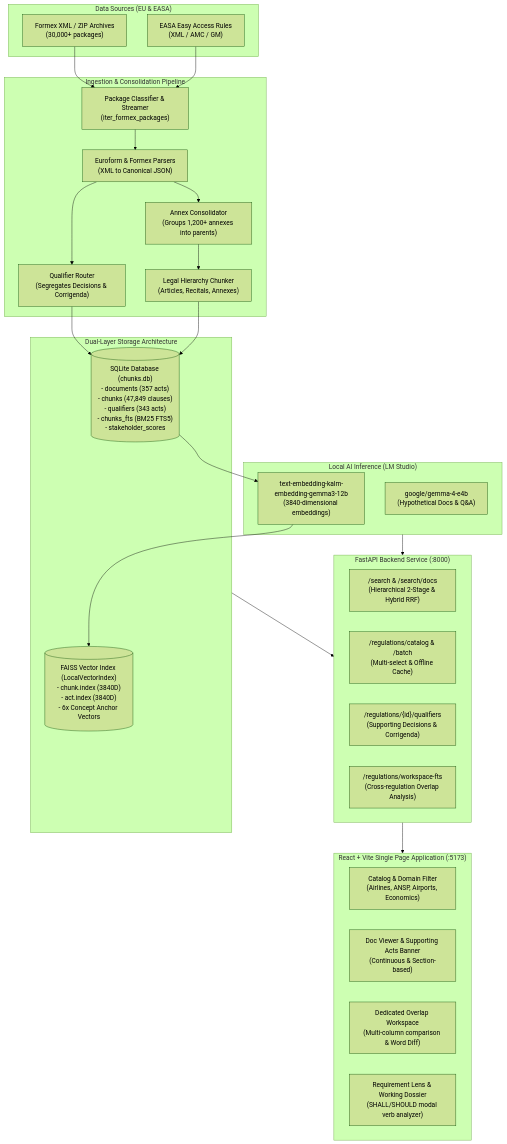
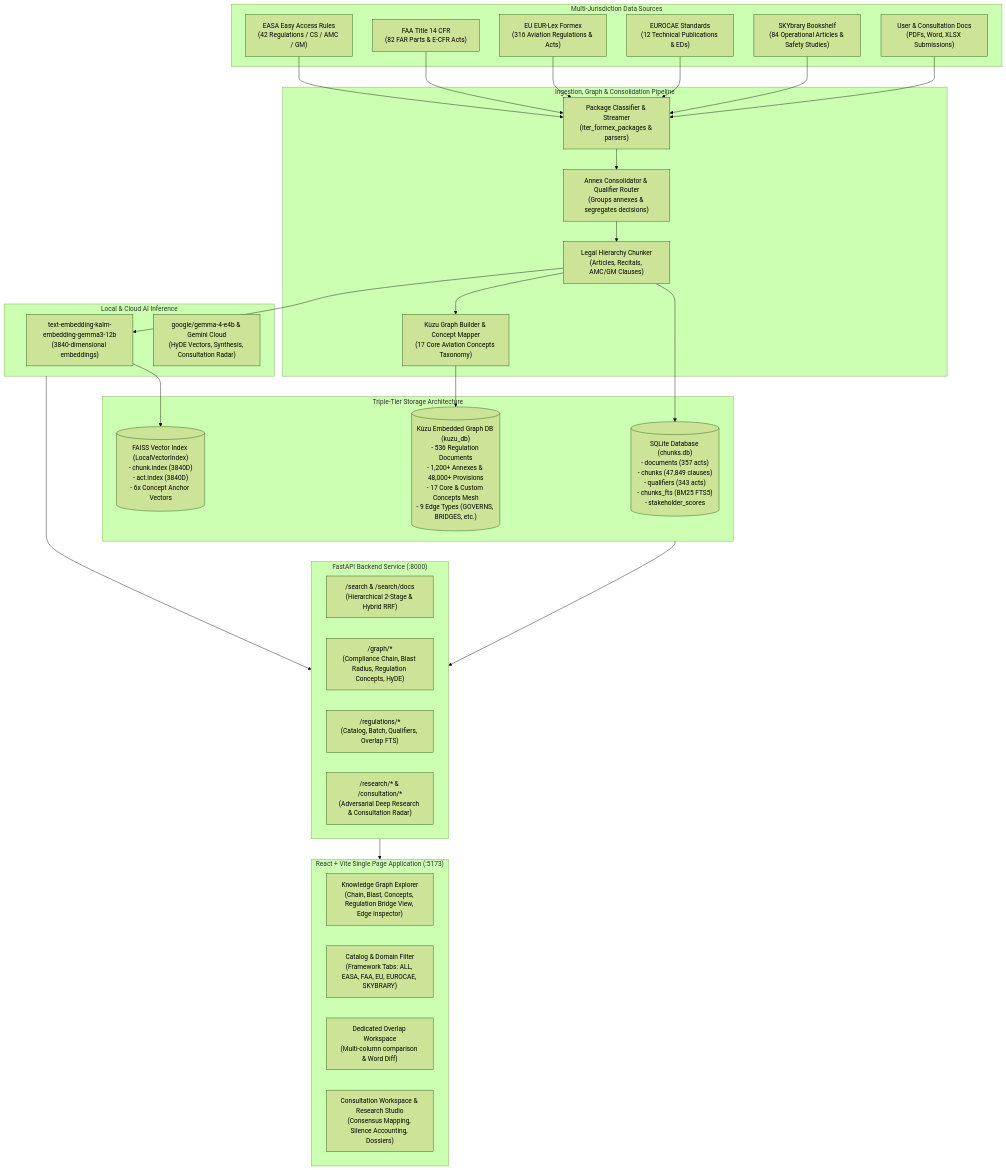
The diagram in Project_specification/01_SYSTEM_ARCHITECTURE.md (SDMCNS/regulatory_assistant), drawn with Mermaid (forest theme) before and after one commit. The commit also changed other lines of this file and 8 other files, not shown here.

Commit message:
feat(docs, graph): update technical specifications and enforce exact rule parity on knowledge graph bridges

````diff
--- a/Project_specification/01_SYSTEM_ARCHITECTURE.md
+++ b/Project_specification/01_SYSTEM_ARCHITECTURE.md
@@ -13,54 +13,62 @@
 ```mermaid
 graph TD
-    subgraph DataSources["Data Sources (EU & EASA)"]
-        FMX["Formex XML / ZIP Archives<br/>(30,000+ packages)"]
-        EASA["EASA Easy Access Rules<br/>(XML / AMC / GM)"]
+    subgraph DataSources["Multi-Jurisdiction Data Sources"]
+        EASA["EASA Easy Access Rules<br/>(42 Regulations / CS / AMC / GM)"]
+        FAA["FAA Title 14 CFR<br/>(82 FAR Parts & E-CFR Acts)"]
+        EU["EU EUR-Lex Formex<br/>(316 Aviation Regulations & Acts)"]
+        EUROCAE["EUROCAE Standards<br/>(12 Technical Publications & EDs)"]
+        SKYBRARY["SKYbrary Bookshelf<br/>(84 Operational Articles & Safety Studies)"]
+        USER_DOCS["User & Consultation Docs<br/>(PDFs, Word, XLSX Submissions)"]
     end
 
-    subgraph IngestionPipeline["Ingestion & Consolidation Pipeline"]
-        PKG["Package Classifier & Streamer<br/>(iter_formex_packages)"]
-        PARSER["Euroform & Formex Parsers<br/>(XML to Canonical JSON)"]
-        MERGER["Annex Consolidator<br/>(Groups 1,200+ annexes into parents)"]
-        ROUTER["Qualifier Router<br/>(Segregates Decisions & Corrigenda)"]
-        CHUNKER["Legal Hierarchy Chunker<br/>(Articles, Recitals, Annexes)"]
+    subgraph IngestionPipeline["Ingestion, Graph & Consolidation Pipeline"]
+        PKG["Package Classifier & Streamer<br/>(iter_formex_packages & parsers)"]
+        MERGER["Annex Consolidator & Qualifier Router<br/>(Groups annexes & segregates decisions)"]
+        CHUNKER["Legal Hierarchy Chunker<br/>(Articles, Recitals, AMC/GM Clauses)"]
+        GRAPH_INGEST["Kùzu Graph Builder & Concept Mapper<br/>(17 Core Aviation Concepts Taxonomy)"]
     end
 
-    subgraph DualStorage["Dual-Layer Storage Architecture"]
+    subgraph StorageLayer["Triple-Tier Storage Architecture"]
         SQLITE[("SQLite Database (chunks.db)<br/>- documents (357 acts)<br/>- chunks (47,849 clauses)<br/>- qualifiers (343 acts)<br/>- chunks_fts (BM25 FTS5)<br/>- stakeholder_scores")]
         FAISS[("FAISS Vector Index (LocalVectorIndex)<br/>- chunk.index (3840D)<br/>- act.index (3840D)<br/>- 6x Concept Anchor Vectors")]
+        KUZU[("Kùzu Embedded Graph DB (kuzu_db)<br/>- 536 Regulation Documents<br/>- 1,200+ Annexes & 48,000+ Provisions<br/>- 17 Core & Custom Concepts Mesh<br/>- 9 Edge Types (GOVERNS, BRIDGES, etc.)")]
     end
 
-    subgraph Inference["Local AI Inference (LM Studio)"]
+    subgraph Inference["Local & Cloud AI Inference"]
         EMBED["text-embedding-kalm-embedding-gemma3-12b<br/>(3840-dimensional embeddings)"]
-        LLM["google/gemma-4-e4b<br/>(Hypothetical Docs & Q&A)"]
+        LLM["google/gemma-4-e4b & Gemini Cloud<br/>(HyDE Vectors, Synthesis, Consultation Radar)"]
     end
 
     subgraph BackendAPI["FastAPI Backend Service (:8000)"]
         SEARCH_API["/search & /search/docs<br/>(Hierarchical 2-Stage & Hybrid RRF)"]
-        REGS_API["/regulations/catalog & /batch<br/>(Multi-select & Offline Cache)"]
-        QUAL_API["/regulations/{id}/qualifiers<br/>(Supporting Decisions & Corrigenda)"]
-        FTS_API["/regulations/workspace-fts<br/>(Cross-regulation Overlap Analysis)"]
+        GRAPH_API["/graph/*<br/>(Compliance Chain, Blast Radius, Regulation Concepts, HyDE)"]
+        REGS_API["/regulations/*<br/>(Catalog, Batch, Qualifiers, Overlap FTS)"]
+        RESEARCH_API["/research/* & /consultation/*<br/>(Adversarial Deep Research & Consultation Radar)"]
     end
 
     subgraph FrontendApp["React + Vite Single Page Application (:5173)"]
-        CATALOG_UI["Catalog & Domain Filter<br/>(Airlines, ANSP, Airports, Economics)"]
-        VIEWER_UI["Doc Viewer & Supporting Acts Banner<br/>(Continuous & Section-based)"]
+        GRAPH_UI["Knowledge Graph Explorer<br/>(Chain, Blast, Concepts, Regulation Bridge View, Edge Inspector)"]
+        CATALOG_UI["Catalog & Domain Filter<br/>(Framework Tabs: ALL, EASA, FAA, EU, EUROCAE, SKYBRARY)"]
         WORKSPACE_UI["Dedicated Overlap Workspace<br/>(Multi-column comparison & Word Diff)"]
-        LENS_UI["Requirement Lens & Working Dossier<br/>(SHALL/SHOULD modal verb analyzer)"]
+        CONSULT_UI["Consultation Workspace & Research Studio<br/>(Consensus Mapping, Silence Accounting, Dossiers)"]
     end
 
-    FMX --> PKG
     EASA --> PKG
-    PKG --> PARSER
-    PARSER --> MERGER
-    PARSER --> ROUTER
+    FAA --> PKG
+    EU --> PKG
+    EUROCAE --> PKG
+    SKYBRARY --> PKG
+    USER_DOCS --> PKG
+
+    PKG --> MERGER
     MERGER --> CHUNKER
-    ROUTER --> SQLITE
     CHUNKER --> SQLITE
-    SQLITE --> EMBED
+    CHUNKER --> GRAPH_INGEST
+    GRAPH_INGEST --> KUZU
+    CHUNKER --> EMBED
     EMBED --> FAISS
 
-    DualStorage --> BackendAPI
+    StorageLayer --> BackendAPI
     Inference --> BackendAPI
     BackendAPI --> FrontendApp
 ```
````
